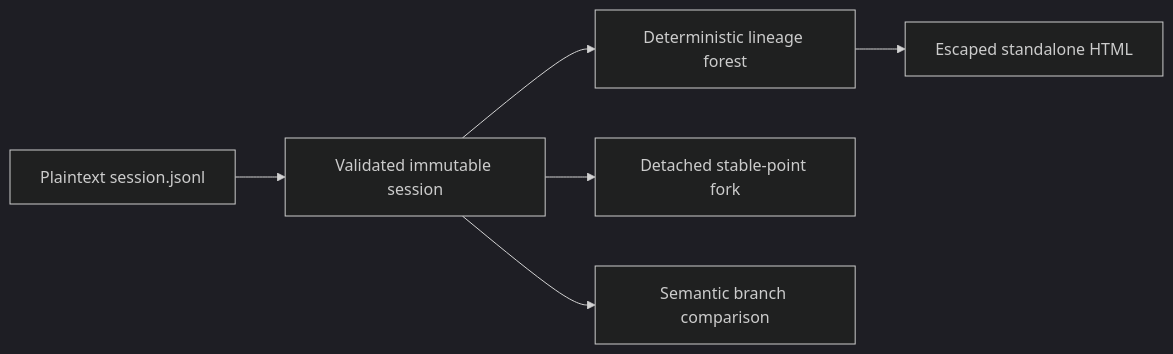
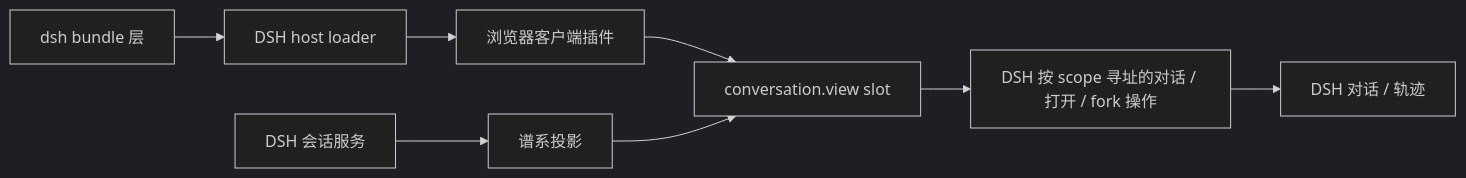
One commit to Nirvana-Jie/dsh-session-tree changed the diagram in docs/architecture.zh-CN.md. Above: the diagram before and after it, drawn with Mermaid (dark theme). The commit also changed other lines of this file and 41 other files, not shown here.

Commit message:
build native DSH Web session tree plugin

````diff
--- a/docs/architecture.zh-CN.md
+++ b/docs/architecture.zh-CN.md
@@ -9,8 +20,10 @@
 ```mermaid
 flowchart LR
-  J["Plaintext session.jsonl"] --> I["Validated immutable session"]
-  I --> T["Deterministic lineage forest"]
-  I --> F["Detached stable-point fork"]
-  I --> C["Semantic branch comparison"]
-  T --> H["Escaped standalone HTML"]
+  B["dsh bundle 层"] --> H["DSH host loader"]
+  H --> C["浏览器客户端插件"]
+  C --> S["conversation.view slot"]
+  D["DSH 会话服务"] --> M["谱系投影"]
+  M --> S
+  S --> A["DSH 按 scope 寻址的对话 / 打开 / fork 操作"]
+  A --> V["DSH 对话 / 轨迹"]
 ```
````
